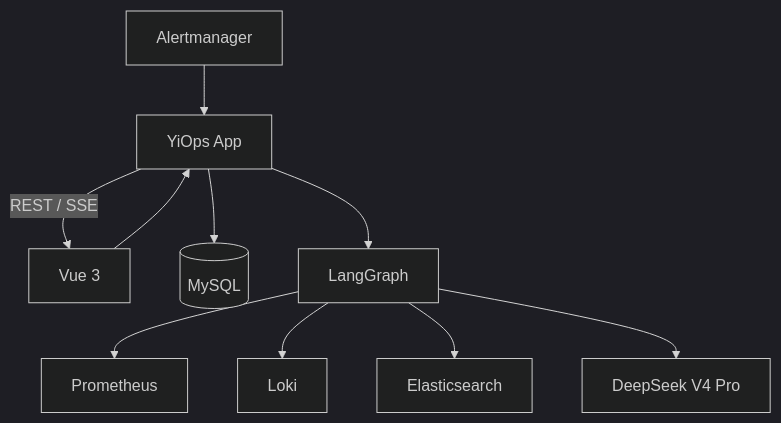
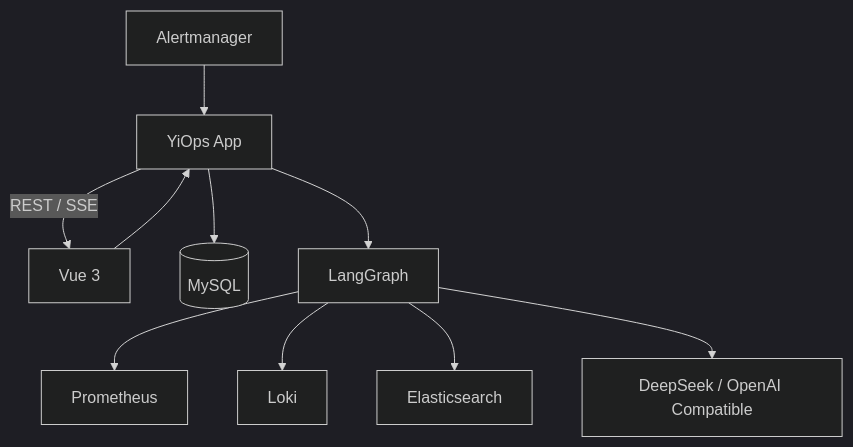
The first of 3 diagrams in YiOps-MVP技术落地方案.md (timmy1688/YiOps), drawn with Mermaid (dark theme) before and after one commit. The commit also changed other lines of this file and 23 other files, not shown here.

````diff
--- a/YiOps-MVP技术落地方案.md
+++ b/YiOps-MVP技术落地方案.md
@@ -94,12 +98,12 @@
 ```mermaid
 flowchart TB
     AM[Alertmanager] --> APP[YiOps App]
     UI[Vue 3] --> APP
     APP --> DB[(MySQL)]
     APP --> GRAPH[LangGraph]
     GRAPH --> PROM[Prometheus]
     GRAPH --> LOKI[Loki]
     GRAPH --> ES[Elasticsearch]
-    GRAPH --> DS[DeepSeek V4 Pro]
+    GRAPH --> DS[DeepSeek / OpenAI Compatible]
     APP -- REST / SSE --> UI
 ```
````
